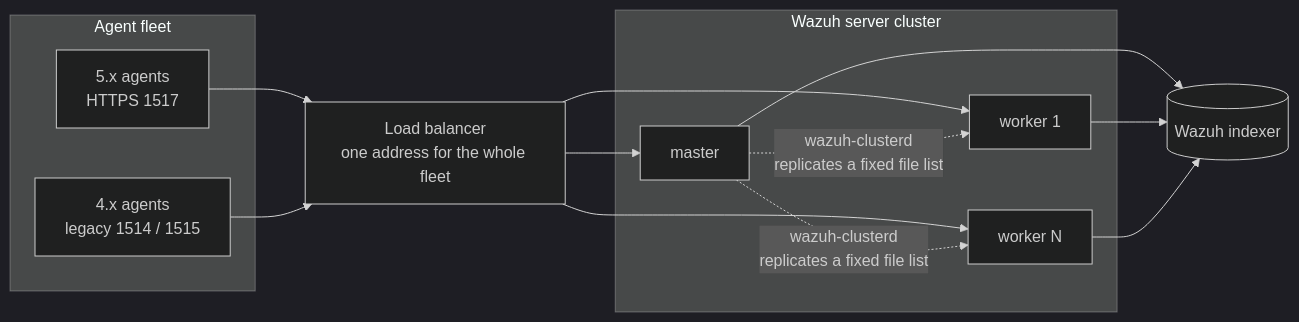
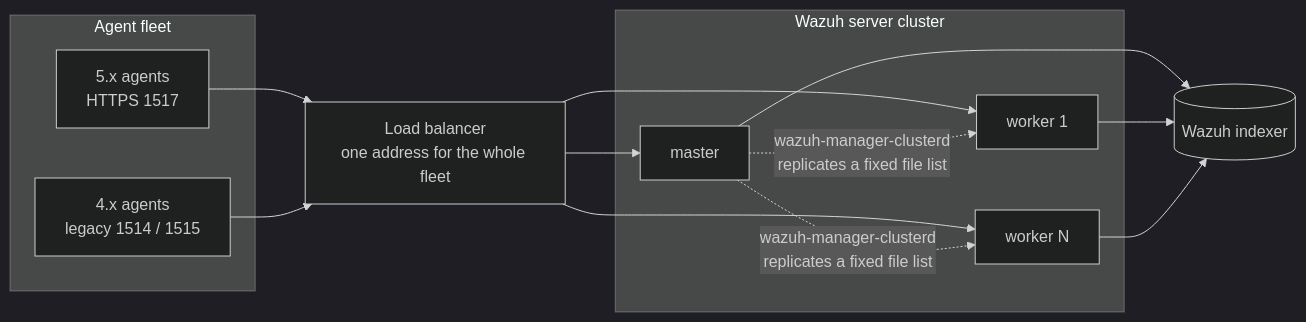
The first of 8 diagrams in docs/ref/modules/cluster/lb.md (wazuh/wazuh), drawn with Mermaid (dark theme) before and after one commit. The commit also changed other lines of this file and 28 other files, not shown here.

````diff
--- a/docs/ref/modules/cluster/lb.md
+++ b/docs/ref/modules/cluster/lb.md
@@ -30,20 +30,20 @@
 ```mermaid
 flowchart LR
     subgraph FLEET["Agent fleet"]
         A5["5.x agents<br/>HTTPS 1517"]
         A4["4.x agents<br/>legacy 1514 / 1515"]
     end
     LB["Load balancer<br/>one address for the whole fleet"]
     subgraph CLUSTER["Wazuh server cluster"]
         M["master"]
         W1["worker 1"]
         W2["worker N"]
     end
     IDX[("Wazuh indexer")]
 
     A5 --> LB
     A4 --> LB
     LB --> M & W1 & W2
-    M -.->|"wazuh-clusterd<br/>replicates a fixed file list"| W1 & W2
+    M -.->|"wazuh-manager-clusterd<br/>replicates a fixed file list"| W1 & W2
     M & W1 & W2 --> IDX
 ```
````
